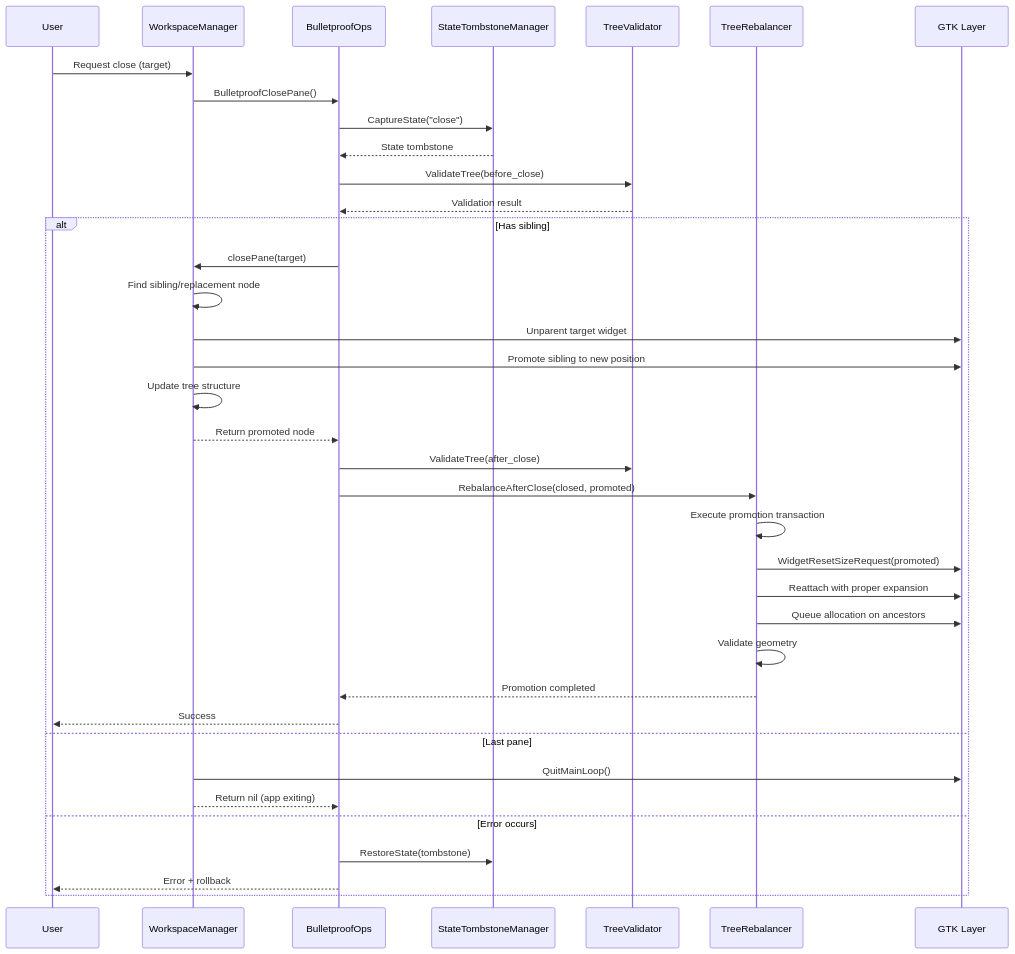
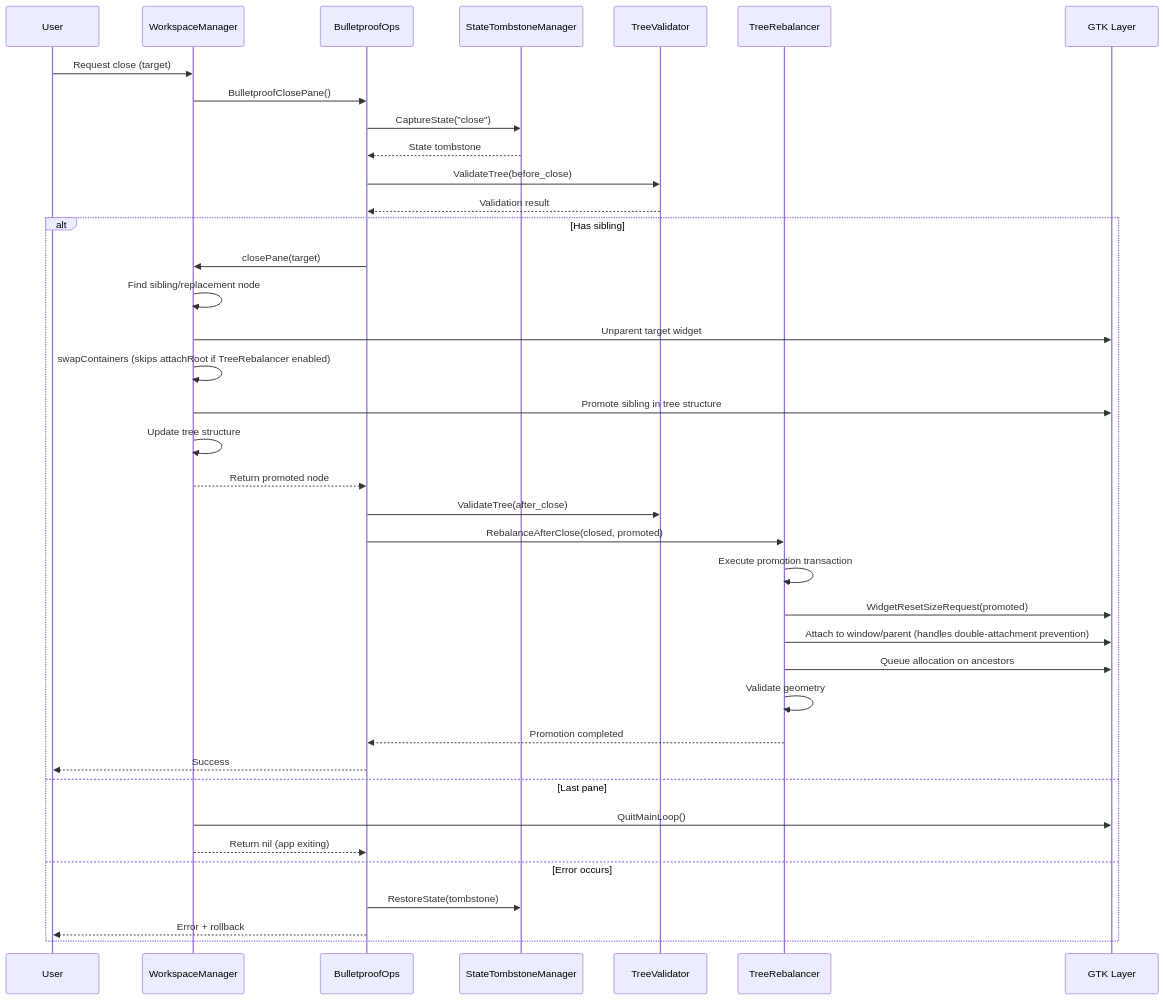
The sixth of 17 diagrams in docs/PANE_ARCHITECTURE.md (bnema/dumber), drawn with Mermaid before and after one commit. The commit also changed other lines of this file and 1 other file, not shown here.

````diff
--- a/docs/PANE_ARCHITECTURE.md
+++ b/docs/PANE_ARCHITECTURE.md
@@ -231,41 +251,42 @@
 ```mermaid
 sequenceDiagram
     participant User
     participant WM as WorkspaceManager
     participant BP as BulletproofOps
     participant STM as StateTombstoneManager
     participant TV as TreeValidator
     participant TR as TreeRebalancer
     participant GTK as GTK Layer
 
     User->>WM: Request close (target)
     WM->>BP: BulletproofClosePane()
     BP->>STM: CaptureState("close")
     STM-->>BP: State tombstone
     BP->>TV: ValidateTree(before_close)
     TV-->>BP: Validation result
 
     alt Has sibling
         BP->>WM: closePane(target)
         WM->>WM: Find sibling/replacement node
         WM->>GTK: Unparent target widget
-        WM->>GTK: Promote sibling to new position
+        WM->>WM: swapContainers (skips attachRoot if TreeRebalancer enabled)
+        WM->>GTK: Promote sibling in tree structure
         WM->>WM: Update tree structure
         WM-->>BP: Return promoted node
         BP->>TV: ValidateTree(after_close)
         BP->>TR: RebalanceAfterClose(closed, promoted)
         TR->>TR: Execute promotion transaction
         TR->>GTK: WidgetResetSizeRequest(promoted)
-        TR->>GTK: Reattach with proper expansion
+        TR->>GTK: Attach to window/parent (handles double-attachment prevention)
         TR->>GTK: Queue allocation on ancestors
         TR->>TR: Validate geometry
         TR-->>BP: Promotion completed
         BP-->>User: Success
     else Last pane
         WM->>GTK: QuitMainLoop()
         WM-->>BP: Return nil (app exiting)
     else Error occurs
         BP->>STM: RestoreState(tombstone)
         BP-->>User: Error + rollback
     end
 ```
````
